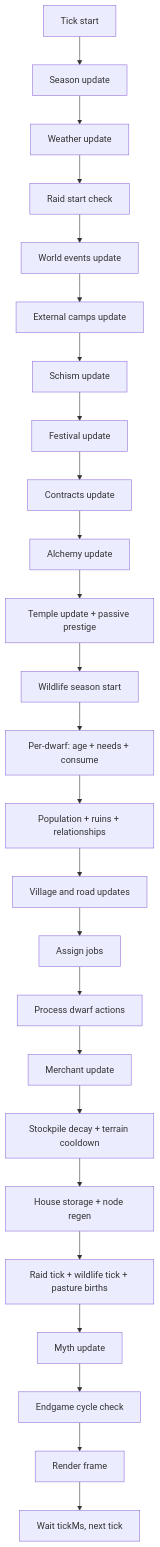
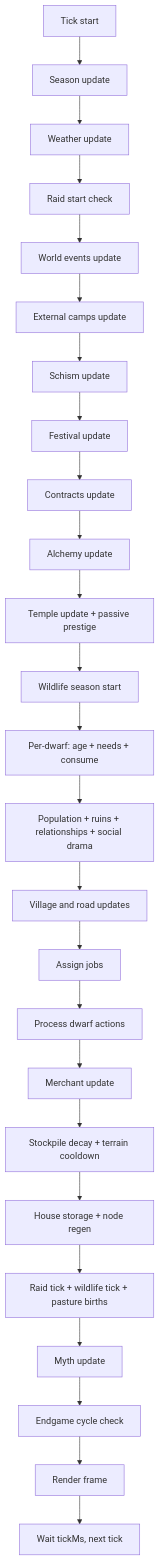
The diagram in MANUAL.md (Gladiak/nodeDwarves), drawn with Mermaid before and after one commit. The commit also changed other lines of this file and 25 other files, not shown here.

Commit message:
add social drama

````diff
--- a/MANUAL.md
+++ b/MANUAL.md
@@ -380,27 +380,27 @@
 ```mermaid
 flowchart TD
   A[Tick start] --> B[Season update]
   B --> C[Weather update]
   C --> D[Raid start check]
   D --> E[World events update]
   E --> F[External camps update]
   F --> G[Schism update]
   G --> H[Festival update]
   H --> I[Contracts update]
   I --> J[Alchemy update]
   J --> K[Temple update + passive prestige]
   K --> L[Wildlife season start]
   L --> M[Per-dwarf: age + needs + consume]
-  M --> N[Population + ruins + relationships]
+  M --> N[Population + ruins + relationships + social drama]
   N --> O[Village and road updates]
   O --> P[Assign jobs]
   P --> Q[Process dwarf actions]
   Q --> R[Merchant update]
   R --> S[Stockpile decay + terrain cooldown]
   S --> T[House storage + node regen]
   T --> U[Raid tick + wildlife tick + pasture births]
   U --> V[Myth update]
   V --> W[Endgame cycle check]
   W --> X[Render frame]
   X --> Y[Wait tickMs, next tick]
 ```
````
